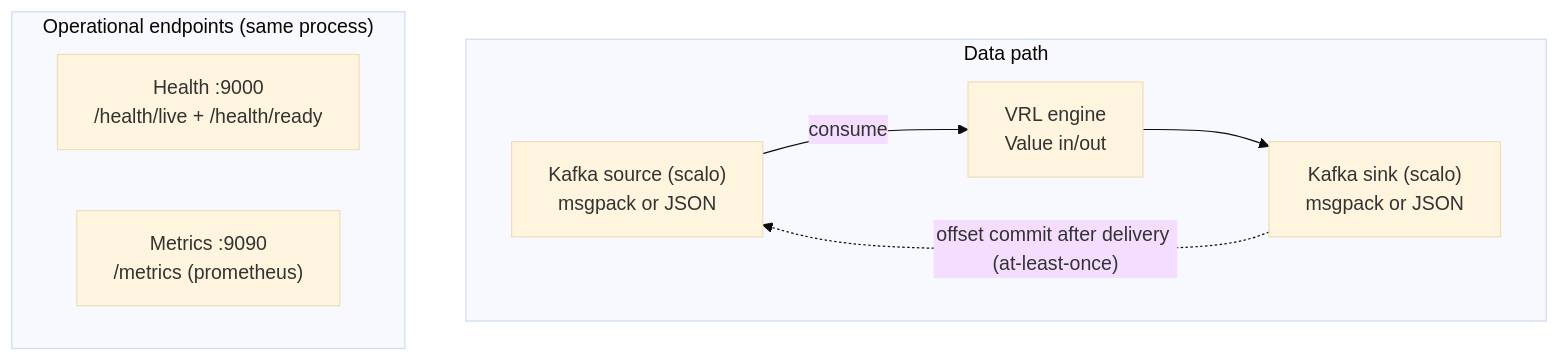
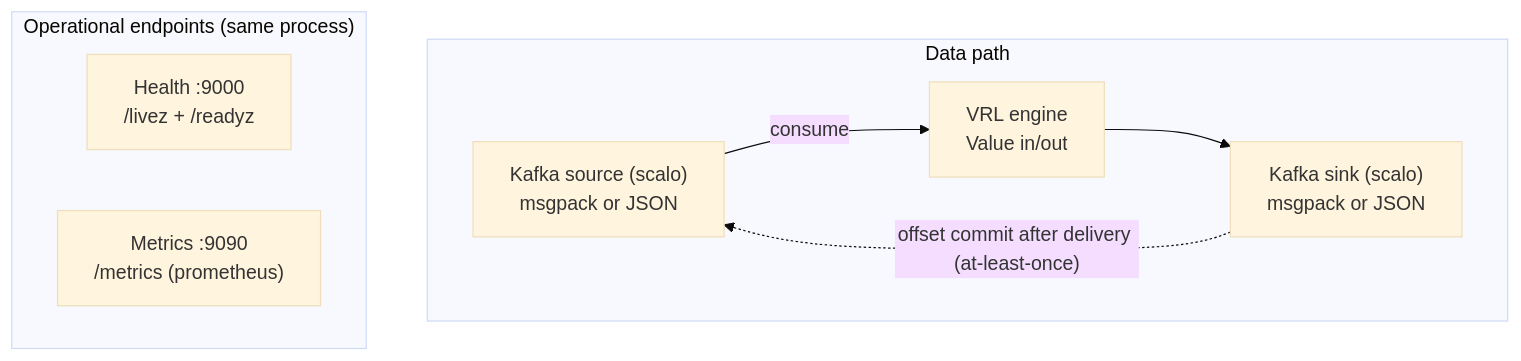
The diagram in docs/DESIGN.md (hyperi-io/dfe-transform-vrl), drawn with Mermaid (base theme) before and after one commit. The commit also changed 8 other files, not shown here.

````diff
--- a/docs/DESIGN.md
+++ b/docs/DESIGN.md
@@ -28,14 +28,14 @@
 ```mermaid
 flowchart TB
     subgraph DP["Data path"]
         direction LR
         KS["Kafka source (scalo)<br/>msgpack or JSON"] -->|consume| VRL["VRL engine<br/>Value in/out"]
         VRL --> KP["Kafka sink (scalo)<br/>msgpack or JSON"]
         KP -. "offset commit after delivery (at-least-once)" .-> KS
     end
     subgraph OPS["Operational endpoints (same process)"]
         direction LR
-        HS["Health :9000<br/>/health/live + /health/ready"]
+        HS["Health :9000<br/>/livez + /readyz"]
         MS["Metrics :9090<br/>/metrics (prometheus)"]
     end
 ```
````
